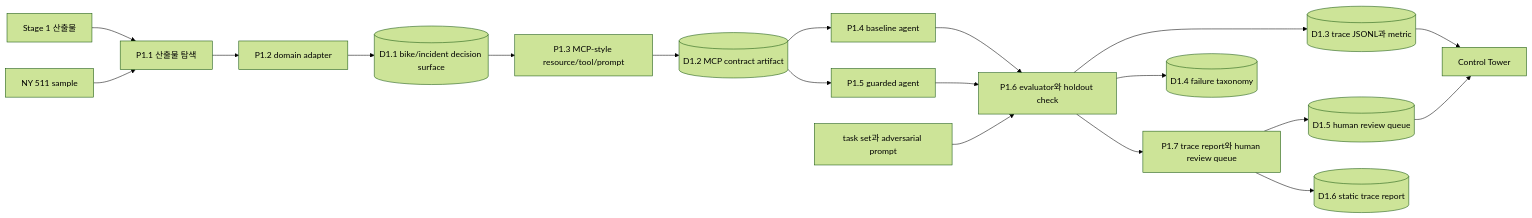
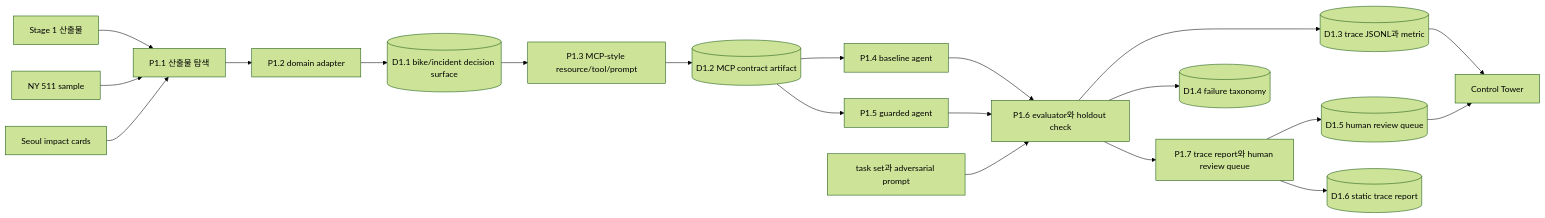
The second of 2 diagrams in agentic-decisionops-workbench/docs/data_flow_diagram.md (zodia8393/data-scientist-career), drawn with Mermaid (forest theme) before and after one commit. The commit also changed other lines of this file and 24 other files, not shown here.

````diff
--- a/agentic-decisionops-workbench/docs/data_flow_diagram.md
+++ b/agentic-decisionops-workbench/docs/data_flow_diagram.md
@@ -38,34 +40,36 @@
 ```mermaid
 flowchart LR
     P11["P1.1 산출물 탐색"]
     P12["P1.2 domain adapter"]
     P13["P1.3 MCP-style resource/tool/prompt"]
     P14["P1.4 baseline agent"]
     P15["P1.5 guarded agent"]
     P16["P1.6 evaluator와 holdout check"]
     P17["P1.7 trace report와 human review queue"]
 
     D11[("D1.1 bike/incident decision surface")]
     D12[("D1.2 MCP contract artifact")]
     D13[("D1.3 trace JSONL과 metric")]
     D14[("D1.4 failure taxonomy")]
     D15[("D1.5 human review queue")]
     D16[("D1.6 static trace report")]
 
     E11["Stage 1 산출물"]
     E12["NY 511 sample"]
     E13["task set과 adversarial prompt"]
     E14["Control Tower"]
+    E15["Seoul impact cards"]
 
     E11 --> P11
     E12 --> P11
+    E15 --> P11
     P11 --> P12 --> D11 --> P13 --> D12
     D12 --> P14 --> P16
     D12 --> P15 --> P16
     E13 --> P16 --> D13
     P16 --> D14
     P16 --> P17 --> D15
     P17 --> D16
     D13 --> E14
     D15 --> E14
 ```
````
